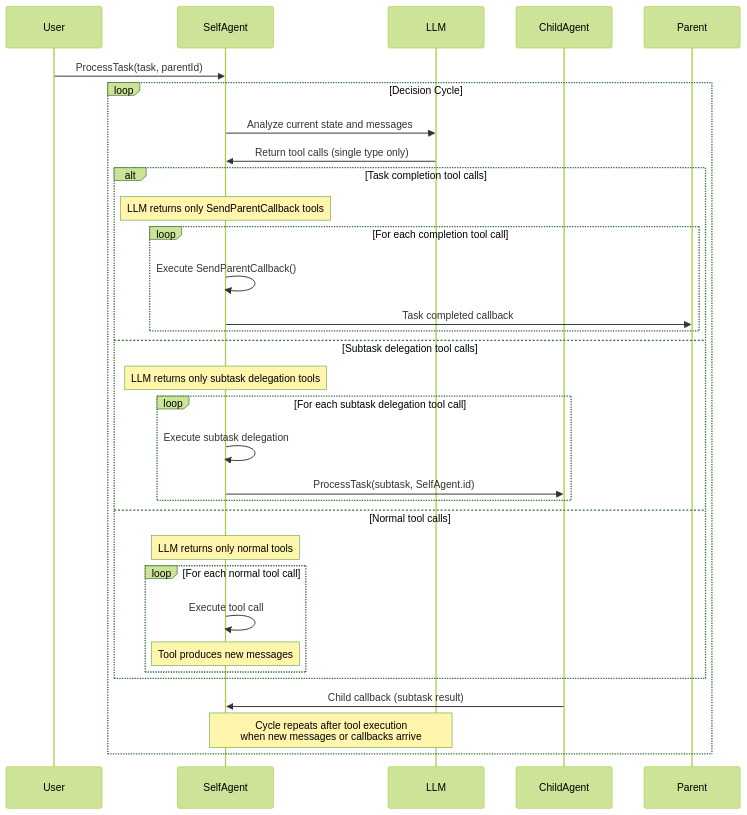
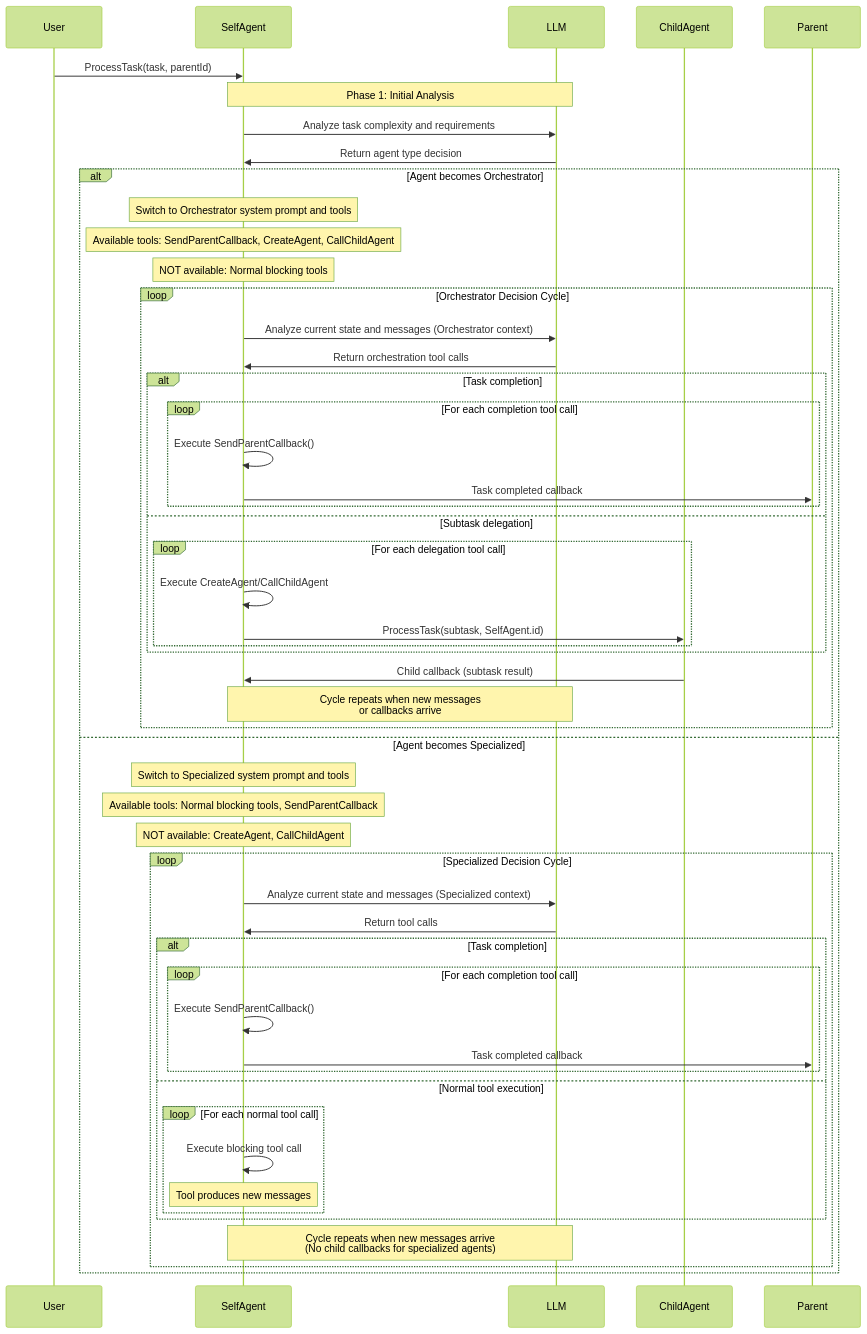
The diagram in state-machine.md (gldeng/psi-orleans), drawn with Mermaid (forest theme) before and after one commit.

Commit message:
Refactor state machine: implement two-phase agent architecture with Orchestrator vs Specialized agent paths, different tool availability per type

````diff
--- a/state-machine.md
+++ b/state-machine.md
@@ -1,41 +1,66 @@
 ```mermaid
 sequenceDiagram
     participant User as User
     participant SelfAgent as SelfAgent
     participant LLM as LLM
     participant ChildAgent as ChildAgent
     participant Parent as Parent
 
     User->>SelfAgent: ProcessTask(task, parentId)
     
-    loop Decision Cycle
-        SelfAgent->>LLM: Analyze current state and messages
-        LLM->>SelfAgent: Return tool calls (single type only)
+    Note over SelfAgent,LLM: Phase 1: Initial Analysis
+    SelfAgent->>LLM: Analyze task complexity and requirements
+    LLM->>SelfAgent: Return agent type decision
+    
+    alt Agent becomes Orchestrator
+        Note over SelfAgent: Switch to Orchestrator system prompt and tools
+        Note over SelfAgent: Available tools: SendParentCallback, CreateAgent, CallChildAgent
+        Note over SelfAgent: NOT available: Normal blocking tools
         
-        alt Task completion tool calls
-            Note over SelfAgent: LLM returns only SendParentCallback tools
-            loop For each completion tool call
-                SelfAgent->>SelfAgent: Execute SendParentCallback()
-                SelfAgent->>Parent: Task completed callback
+        loop Orchestrator Decision Cycle
+            SelfAgent->>LLM: Analyze current state and messages (Orchestrator context)
+            LLM->>SelfAgent: Return orchestration tool calls
+            
+            alt Task completion
+                loop For each completion tool call
+                    SelfAgent->>SelfAgent: Execute SendParentCallback()
+                    SelfAgent->>Parent: Task completed callback
+                end
+                
+            else Subtask delegation
+                loop For each delegation tool call
+                    SelfAgent->>SelfAgent: Execute CreateAgent/CallChildAgent
+                    SelfAgent->>ChildAgent: ProcessTask(subtask, SelfAgent.id)
+                end
             end
             
-        else Subtask delegation tool calls  
-            Note over SelfAgent: LLM returns only subtask delegation tools
-            loop For each subtask delegation tool call
-                SelfAgent->>SelfAgent: Execute subtask delegation
-                SelfAgent->>ChildAgent: ProcessTask(subtask, SelfAgent.id)
+            ChildAgent->>SelfAgent: Child callback (subtask result)
+            Note over SelfAgent,LLM: Cycle repeats when new messages<br/>or callbacks arrive
+        end
+        
+    else Agent becomes Specialized
+        Note over SelfAgent: Switch to Specialized system prompt and tools
+        Note over SelfAgent: Available tools: Normal blocking tools, SendParentCallback
+        Note over SelfAgent: NOT available: CreateAgent, CallChildAgent
+        
+        loop Specialized Decision Cycle
+            SelfAgent->>LLM: Analyze current state and messages (Specialized context)
+            LLM->>SelfAgent: Return tool calls
+            
+            alt Task completion
+                loop For each completion tool call
+                    SelfAgent->>SelfAgent: Execute SendParentCallback()
+                    SelfAgent->>Parent: Task completed callback
+                end
+                
+            else Normal tool execution
+                loop For each normal tool call
+                    SelfAgent->>SelfAgent: Execute blocking tool call
+                    Note over SelfAgent: Tool produces new messages
+                end
             end
             
-        else Normal tool calls
-            Note over SelfAgent: LLM returns only normal tools
-            loop For each normal tool call
-                SelfAgent->>SelfAgent: Execute tool call
-                Note over SelfAgent: Tool produces new messages
-            end
+            Note over SelfAgent,LLM: Cycle repeats when new messages arrive<br/>(No child callbacks for specialized agents)
         end
-        
-        ChildAgent->>SelfAgent: Child callback (subtask result)
-        
-        Note over SelfAgent,LLM: Cycle repeats after tool execution<br/>when new messages or callbacks arrive
     end
 ```
````
